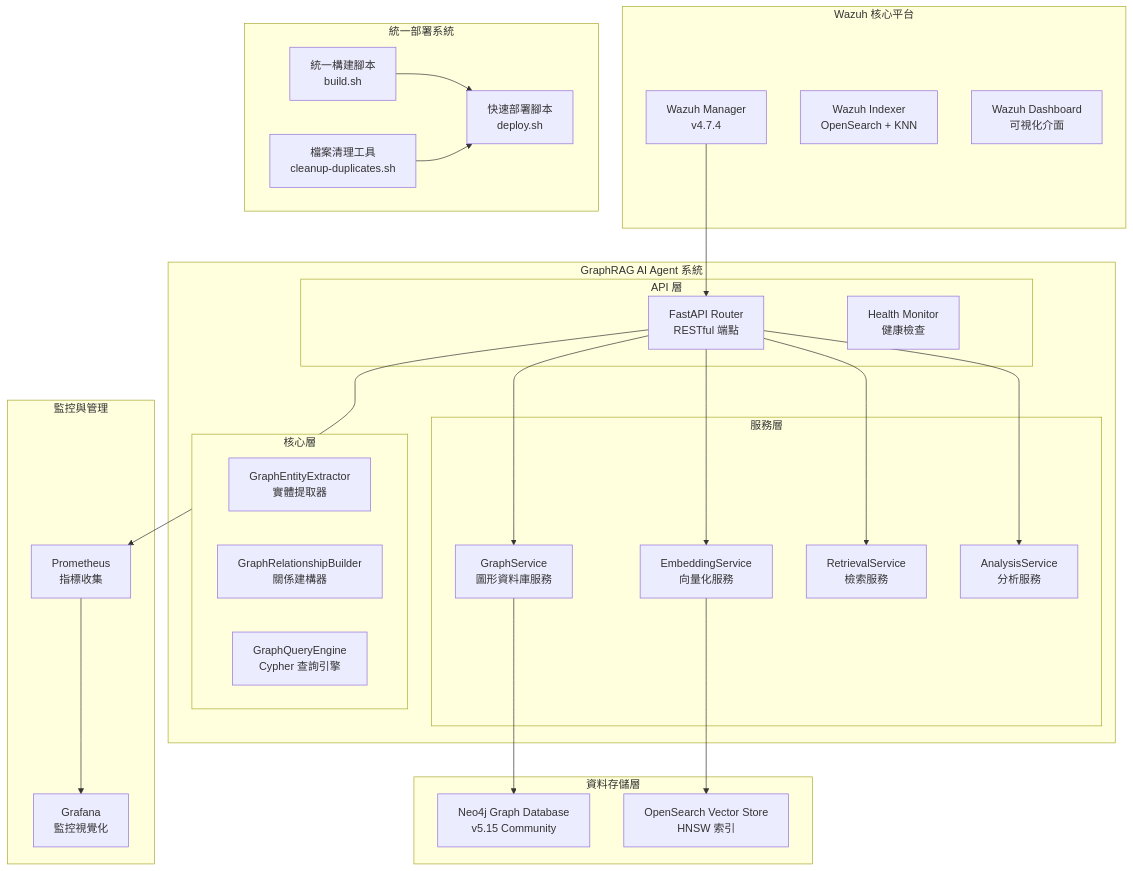
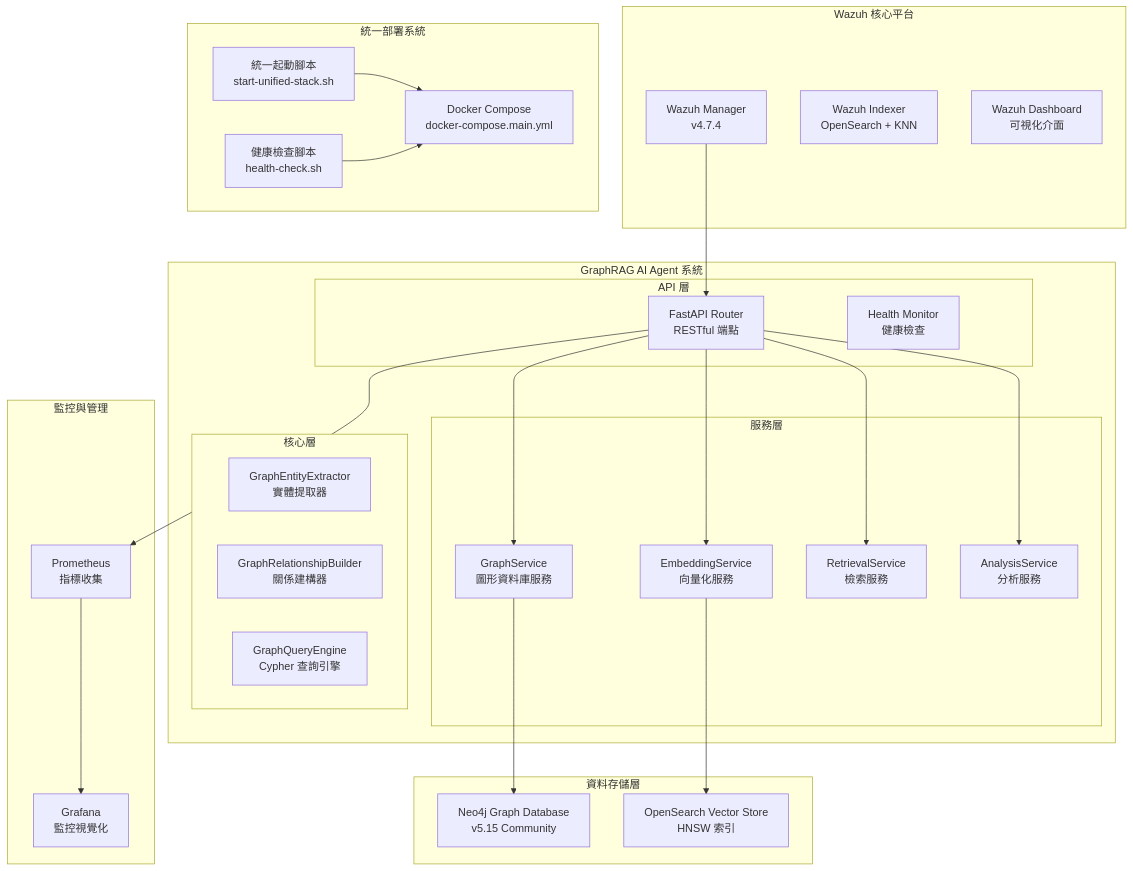
One commit to trionnemesis/wazuh_ai_agent changed the diagram in README.md. Above: the diagram before and after it, drawn with Mermaid. The commit also changed other lines of this file, not shown here.

First line of the commit message:
Revise README for unified deployment and script updates

````diff
--- a/README.md
+++ b/README.md
@@ -97,57 +117,57 @@
 ```mermaid
 flowchart TD
     subgraph "Wazuh 核心平台"
         WM[Wazuh Manager<br/>v4.7.4]
         WI[Wazuh Indexer<br/>OpenSearch + KNN]  
         WD[Wazuh Dashboard<br/>可視化介面]
     end
     
     subgraph "GraphRAG AI Agent 系統"
         subgraph "API 層"
             FA[FastAPI Router<br/>RESTful 端點]
             HM[Health Monitor<br/>健康檢查]
         end
         
         subgraph "服務層"
             ES[EmbeddingService<br/>向量化服務]
             GS[GraphService<br/>圖形資料庫服務]
             RS[RetrievalService<br/>檢索服務]
             AS[AnalysisService<br/>分析服務]
         end
         
         subgraph "核心層"
             GE[GraphEntityExtractor<br/>實體提取器]
             GR[GraphRelationshipBuilder<br/>關係建構器]
             GQ[GraphQueryEngine<br/>Cypher 查詢引擎]
         end
     end
     
     subgraph "資料存儲層"
         NEO[Neo4j Graph Database<br/>v5.15 Community]
         OS[OpenSearch Vector Store<br/>HNSW 索引]
     end
     
     subgraph "監控與管理"
         PROM[Prometheus<br/>指標收集]
         GRAF[Grafana<br/>監控視覺化]
     end
     
     subgraph "統一部署系統"
-        BUILD[統一構建腳本<br/>build.sh]
-        DEPLOY[快速部署腳本<br/>deploy.sh]
-        CLEANUP[檔案清理工具<br/>cleanup-duplicates.sh]
+        START[統一起動腳本<br/>start-unified-stack.sh]
+        HEALTH[健康檢查腳本<br/>health-check.sh]
+        DOCKER[Docker Compose<br/>docker-compose.main.yml]
     end
     
     %% 資料流連接
     WM --> FA
     FA --> ES
     FA --> GS
     FA --> RS
     FA --> AS
     GS --> NEO
     ES --> OS
     FA --> PROM
     PROM --> GRAF
-    BUILD --> DEPLOY
-    CLEANUP --> DEPLOY
+    START --> DOCKER
+    HEALTH --> DOCKER
 ```
````
